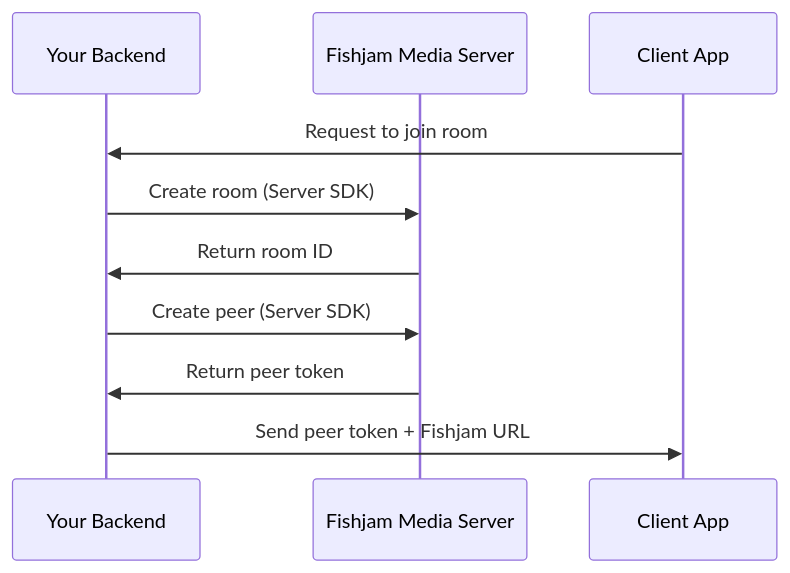
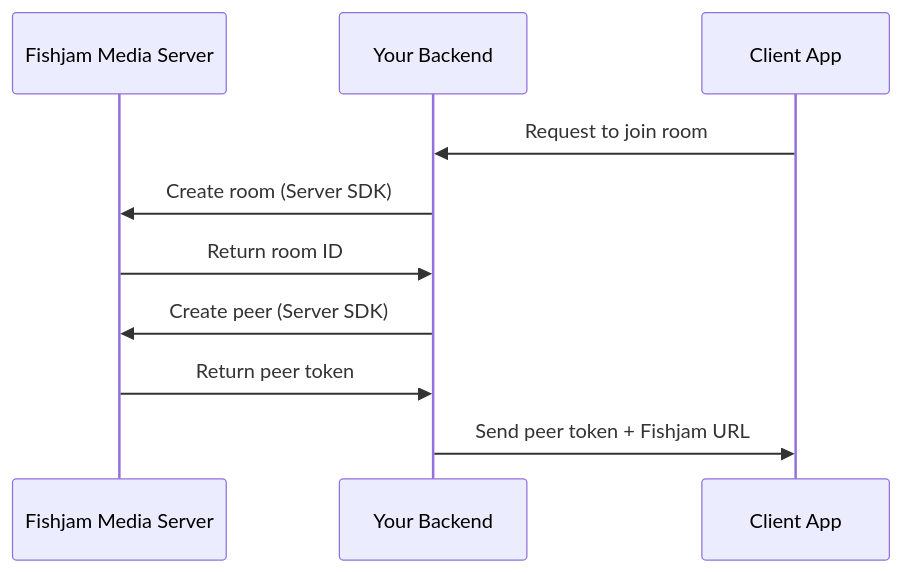
Before and after one commit to fishjam-cloud/documentation: the first of 2 diagrams in docs/explanation/architecture.mdx, drawn with Mermaid. The commit also changed other lines of this file and 6 other files, not shown here.

````diff
--- a/docs/explanation/architecture.mdx
+++ b/docs/explanation/architecture.mdx
@@ -51,13 +51,13 @@
 ```mermaid
 sequenceDiagram
+    participant FM as Fishjam Media Server
     participant BE as Your Backend
-    participant FM as Fishjam Media Server
     participant Client as Client App
 
     Client->>BE: Request to join room
     BE->>FM: Create room (Server SDK)
     FM->>BE: Return room ID
     BE->>FM: Create peer (Server SDK)
     FM->>BE: Return peer token
     BE->>Client: Send peer token + Fishjam URL
 ```
````
